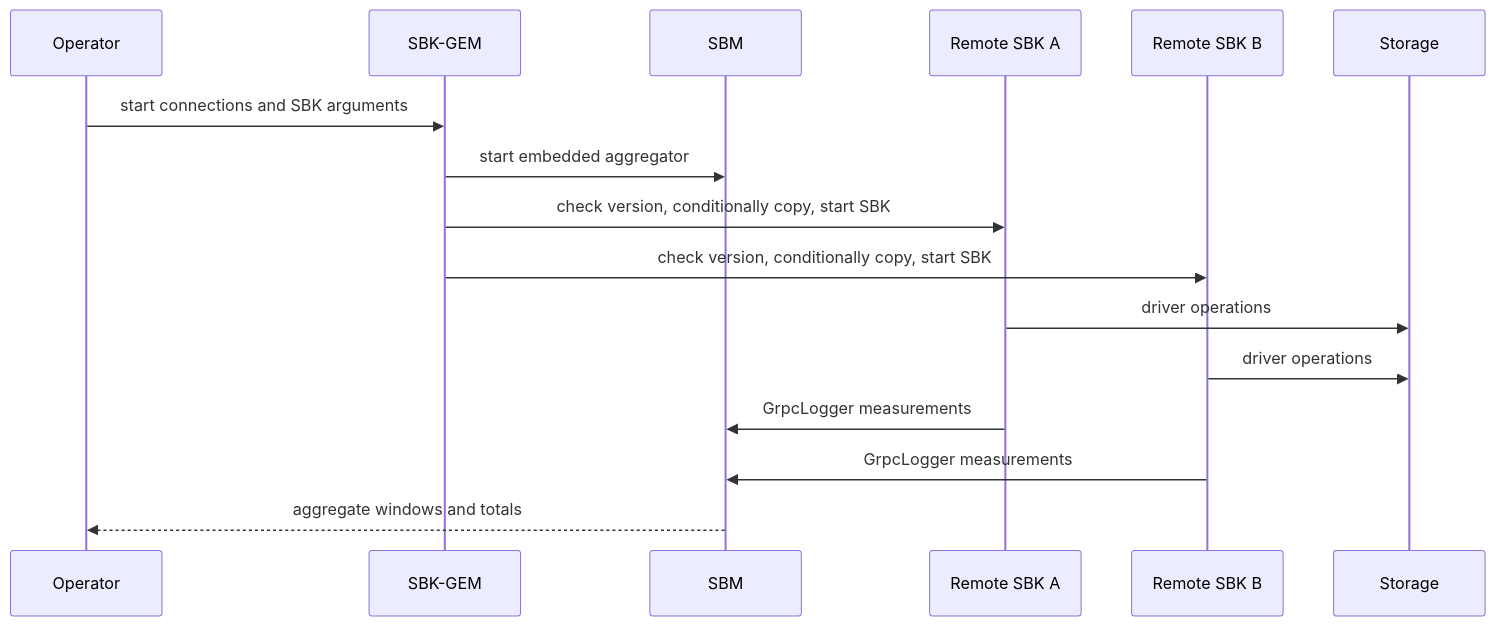
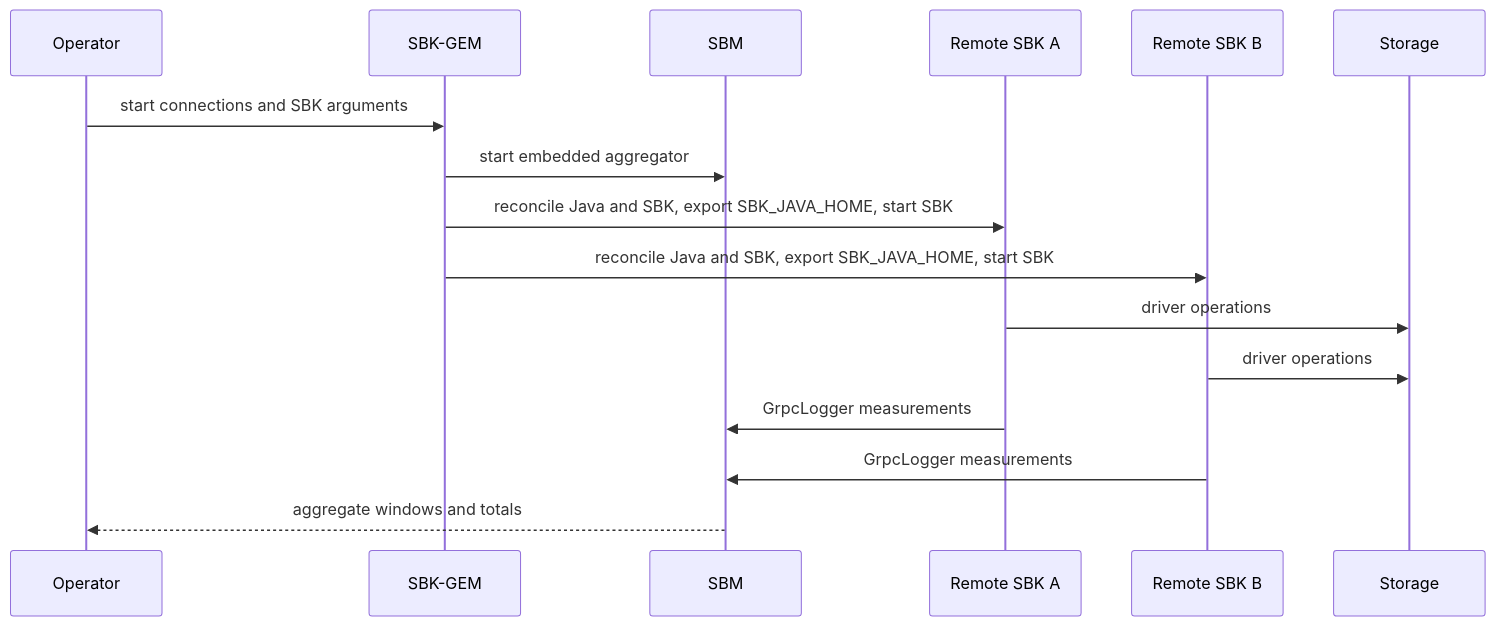
One commit to kmgowda/SBK changed the seventh of 7 diagrams in docs/ARCHITECTURE.md. Above: the diagram before and after it, drawn with Mermaid. The commit also changed other lines of this file and 13 other files, not shown here.

Commit message:
Add remote Java provisioning to SBK-GEM

````diff
--- a/docs/ARCHITECTURE.md
+++ b/docs/ARCHITECTURE.md
@@ -242,19 +242,19 @@
 ```mermaid
 sequenceDiagram
     participant Operator
     participant GEM as SBK-GEM
     participant SBM
     participant HostA as Remote SBK A
     participant HostB as Remote SBK B
     participant Storage
 
     Operator->>GEM: start connections and SBK arguments
     GEM->>SBM: start embedded aggregator
-    GEM->>HostA: check version, conditionally copy, start SBK
-    GEM->>HostB: check version, conditionally copy, start SBK
+    GEM->>HostA: reconcile Java and SBK, export SBK_JAVA_HOME, start SBK
+    GEM->>HostB: reconcile Java and SBK, export SBK_JAVA_HOME, start SBK
     HostA->>Storage: driver operations
     HostB->>Storage: driver operations
     HostA->>SBM: GrpcLogger measurements
     HostB->>SBM: GrpcLogger measurements
     SBM-->>Operator: aggregate windows and totals
 ```
````
